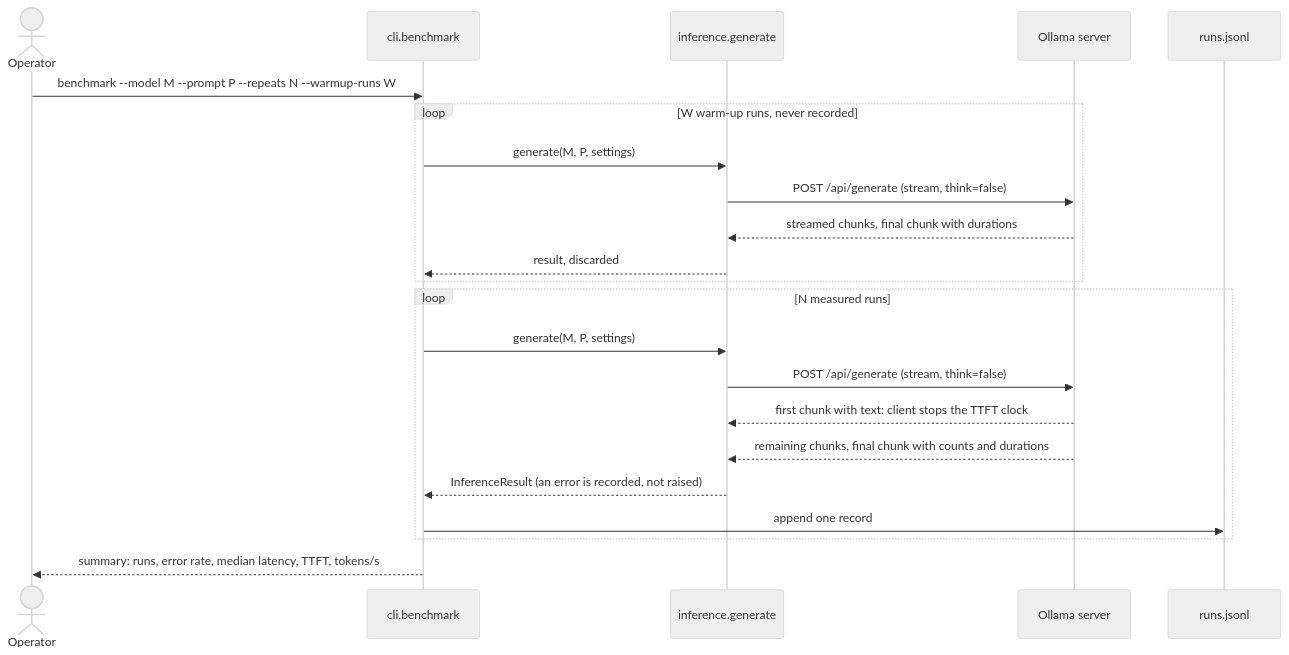
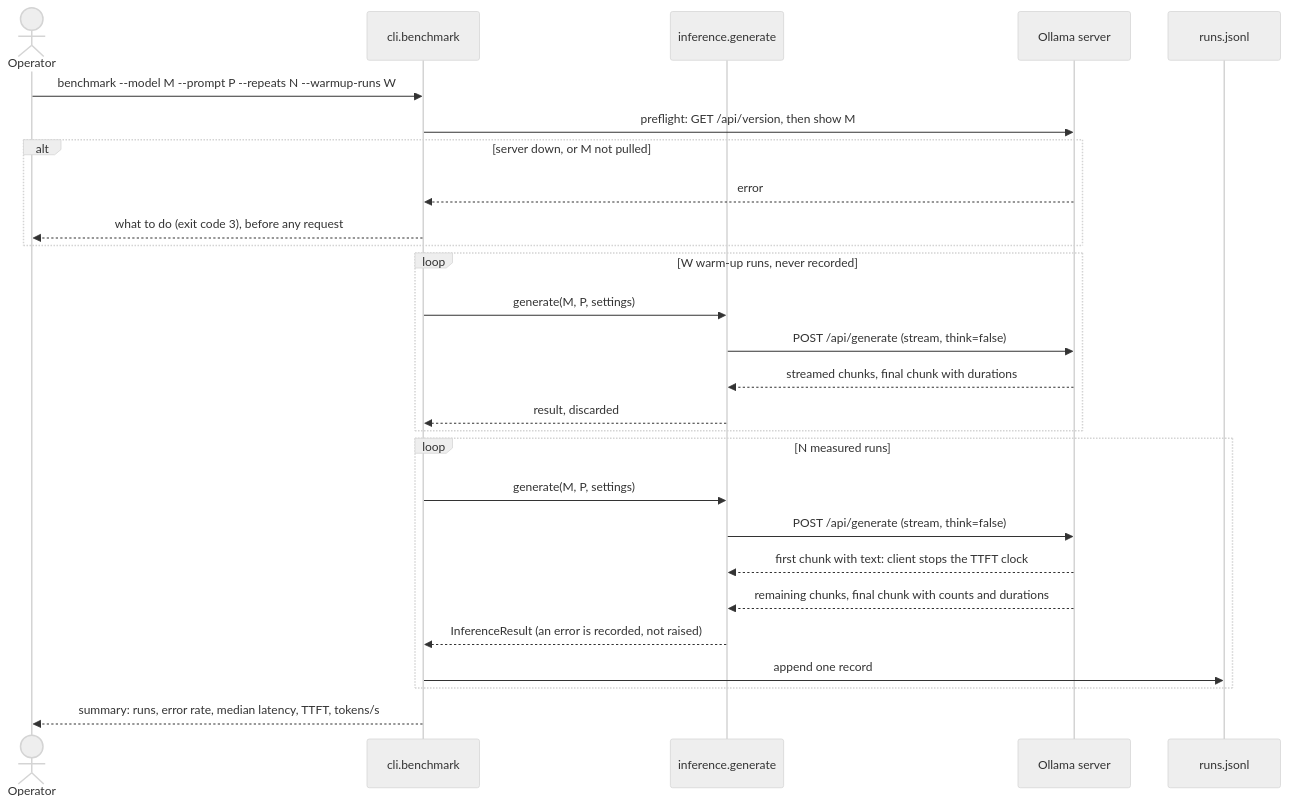
The third of 3 diagrams in docs/architecture.md (saicharan-nidiganti/local-ai-benchmark), drawn with Mermaid (neutral theme) before and after one commit. The commit also changed other lines of this file and 8 other files, not shown here.

First line of the commit message:
feat: preflight check of the server and model before warm-up (#43)

````diff
--- a/docs/architecture.md
+++ b/docs/architecture.md
@@ -101,24 +106,29 @@
 ```mermaid
 sequenceDiagram
     actor Op as Operator
     participant CLI as cli.benchmark
     participant Inf as inference.generate
     participant Oll as Ollama server
     participant Log as runs.jsonl
     Op->>CLI: benchmark --model M --prompt P --repeats N --warmup-runs W
+    CLI->>Oll: preflight: GET /api/version, then show M
+    alt server down, or M not pulled
+        Oll-->>CLI: error
+        CLI-->>Op: what to do (exit code 3), before any request
+    end
     loop W warm-up runs, never recorded
         CLI->>Inf: generate(M, P, settings)
         Inf->>Oll: POST /api/generate (stream, think=false)
         Oll-->>Inf: streamed chunks, final chunk with durations
         Inf-->>CLI: result, discarded
     end
     loop N measured runs
         CLI->>Inf: generate(M, P, settings)
         Inf->>Oll: POST /api/generate (stream, think=false)
         Oll-->>Inf: first chunk with text: client stops the TTFT clock
         Oll-->>Inf: remaining chunks, final chunk with counts and durations
         Inf-->>CLI: InferenceResult (an error is recorded, not raised)
         CLI->>Log: append one record
     end
     CLI-->>Op: summary: runs, error rate, median latency, TTFT, tokens/s
 ```
````
